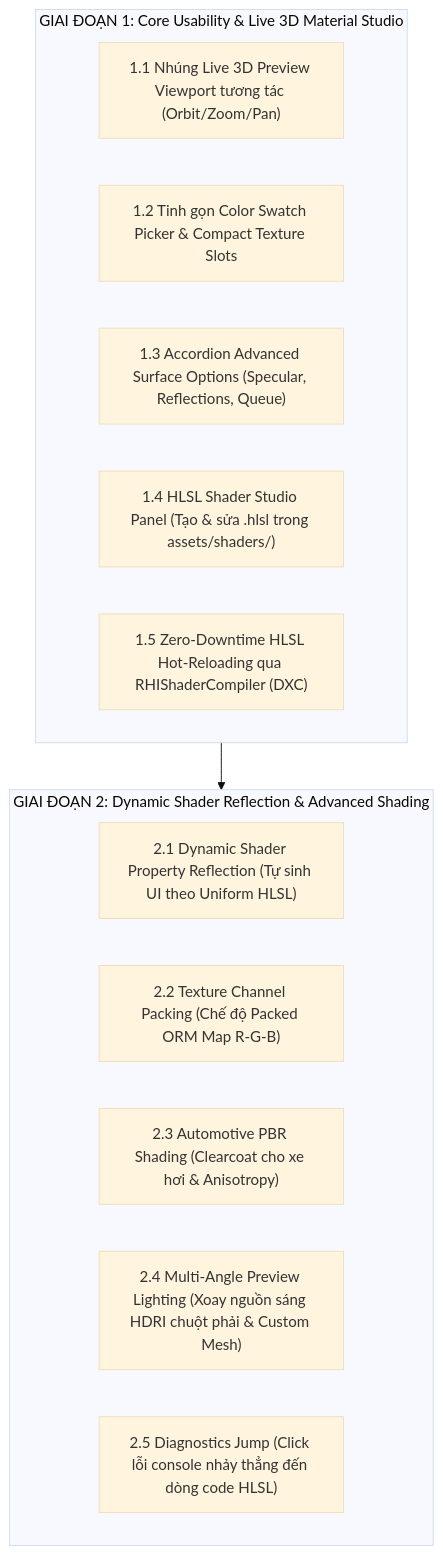
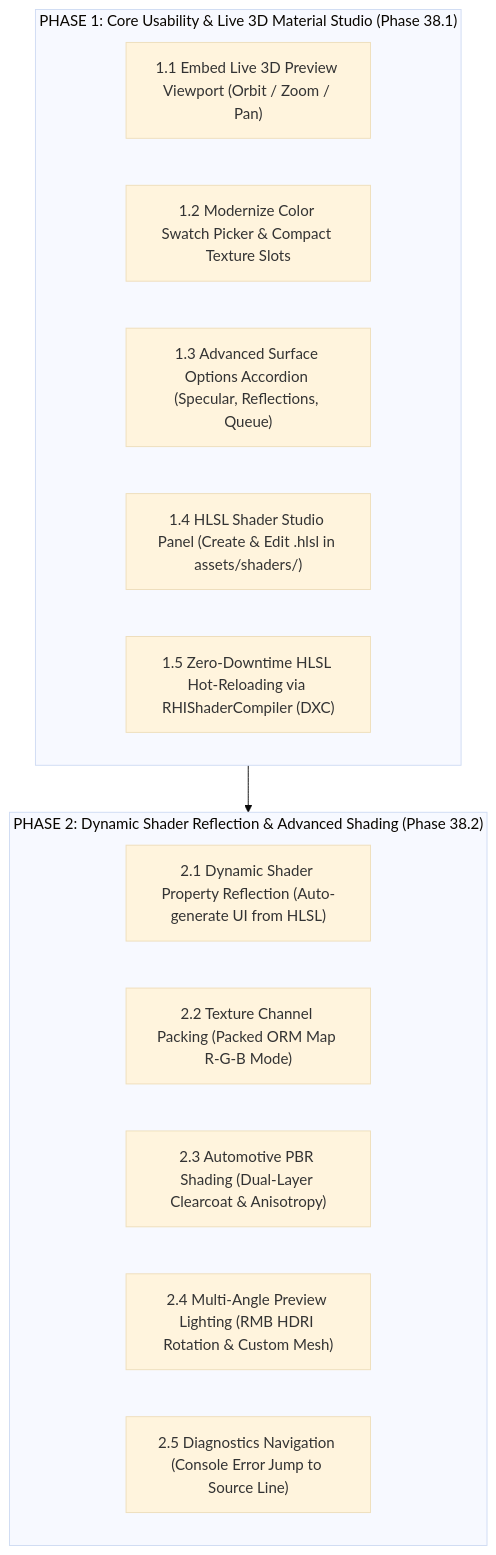
The diagram in docs/MATERIAL_AND_HLSL_STUDIO_PARITY_SPECIFICATION.md (nguyenphong0210/AxleEngine), drawn with Mermaid (base theme) before and after one commit. The commit also changed other lines of this file, not shown here.

Commit message:
docs(spec): translate Material & HLSL Studio parity specification to English

````diff
--- a/docs/MATERIAL_AND_HLSL_STUDIO_PARITY_SPECIFICATION.md
+++ b/docs/MATERIAL_AND_HLSL_STUDIO_PARITY_SPECIFICATION.md
@@ -23,20 +23,20 @@
 ```mermaid
 flowchart TD
-    subgraph Phase1["GIAI ĐOẠN 1: Core Usability & Live 3D Material Studio"]
-        P1_1["1.1 Nhúng Live 3D Preview Viewport tương tác (Orbit/Zoom/Pan)"]
-        P1_2["1.2 Tinh gọn Color Swatch Picker & Compact Texture Slots"]
-        P1_3["1.3 Accordion Advanced Surface Options (Specular, Reflections, Queue)"]
-        P1_4["1.4 HLSL Shader Studio Panel (Tạo & sửa .hlsl trong assets/shaders/)"]
-        P1_5["1.5 Zero-Downtime HLSL Hot-Reloading qua RHIShaderCompiler (DXC)"]
+    subgraph Phase1["PHASE 1: Core Usability & Live 3D Material Studio (Phase 38.1)"]
+        P1_1["1.1 Embed Live 3D Preview Viewport (Orbit / Zoom / Pan)"]
+        P1_2["1.2 Modernize Color Swatch Picker & Compact Texture Slots"]
+        P1_3["1.3 Advanced Surface Options Accordion (Specular, Reflections, Queue)"]
+        P1_4["1.4 HLSL Shader Studio Panel (Create & Edit .hlsl in assets/shaders/)"]
+        P1_5["1.5 Zero-Downtime HLSL Hot-Reloading via RHIShaderCompiler (DXC)"]
     end
 
-    subgraph Phase2["GIAI ĐOẠN 2: Dynamic Shader Reflection & Advanced Shading"]
-        P2_1["2.1 Dynamic Shader Property Reflection (Tự sinh UI theo Uniform HLSL)"]
-        P2_2["2.2 Texture Channel Packing (Chế độ Packed ORM Map R-G-B)"]
-        P2_3["2.3 Automotive PBR Shading (Clearcoat cho xe hơi & Anisotropy)"]
-        P2_4["2.4 Multi-Angle Preview Lighting (Xoay nguồn sáng HDRI chuột phải & Custom Mesh)"]
-        P2_5["2.5 Diagnostics Jump (Click lỗi console nhảy thẳng đến dòng code HLSL)"]
+    subgraph Phase2["PHASE 2: Dynamic Shader Reflection & Advanced Shading (Phase 38.2)"]
+        P2_1["2.1 Dynamic Shader Property Reflection (Auto-generate UI from HLSL)"]
+        P2_2["2.2 Texture Channel Packing (Packed ORM Map R-G-B Mode)"]
+        P2_3["2.3 Automotive PBR Shading (Dual-Layer Clearcoat & Anisotropy)"]
+        P2_4["2.4 Multi-Angle Preview Lighting (RMB HDRI Rotation & Custom Mesh)"]
+        P2_5["2.5 Diagnostics Navigation (Console Error Jump to Source Line)"]
     end
 
     Phase1 --> Phase2
 ```
````
